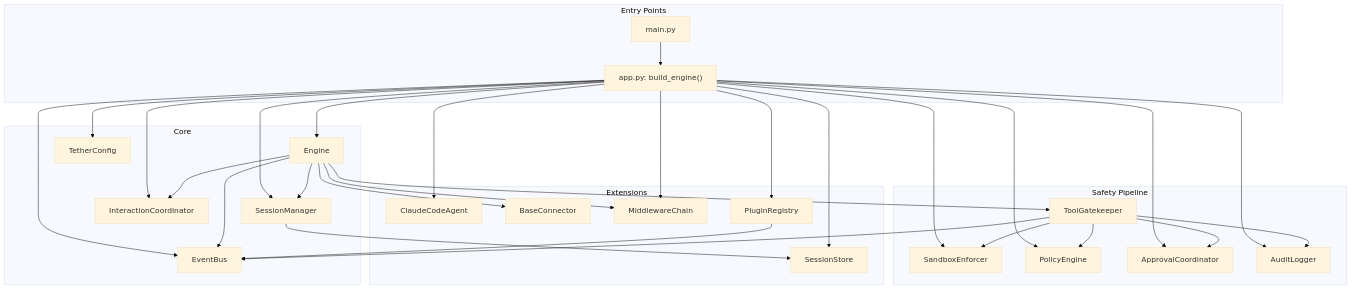
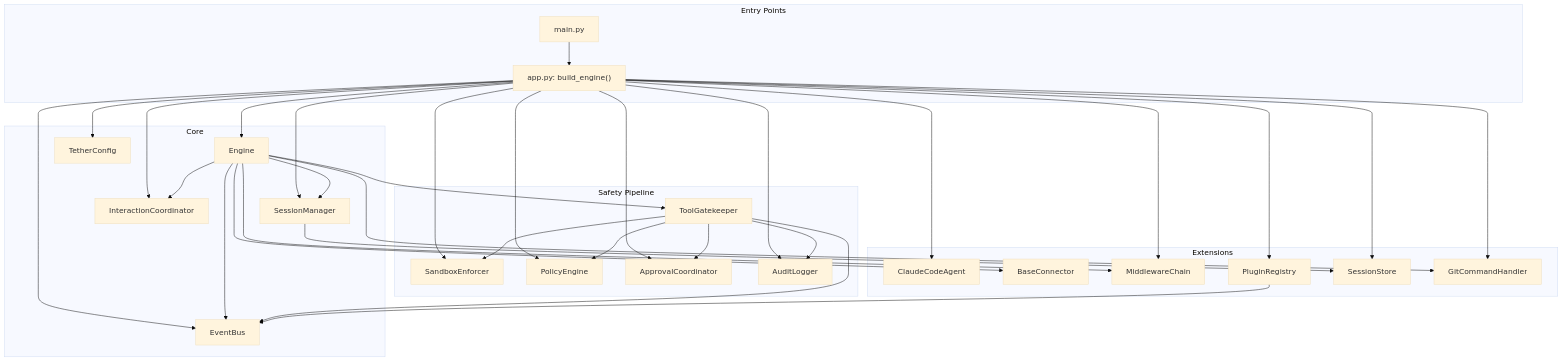
The first of 3 diagrams in docs/architecture.md (nodenova/tether), drawn with Mermaid (base theme) before and after one commit. The commit also changed other lines of this file and 43 other files, not shown here.

````diff
--- a/docs/architecture.md
+++ b/docs/architecture.md
@@ -43,62 +51,65 @@
 ```mermaid
 flowchart TB
     subgraph Entry["Entry Points"]
         main["main.py"]
         app["app.py: build_engine()"]
     end
 
     subgraph Core["Core"]
         engine["Engine"]
         config["TetherConfig"]
         events["EventBus"]
         session["SessionManager"]
         interactions["InteractionCoordinator"]
     end
 
     subgraph Safety["Safety Pipeline"]
         gatekeeper["ToolGatekeeper"]
         sandbox["SandboxEnforcer"]
         policy["PolicyEngine"]
         approvals["ApprovalCoordinator"]
         audit["AuditLogger"]
     end
 
     subgraph Extensions["Extensions"]
         agent["ClaudeCodeAgent"]
         connector["BaseConnector"]
         middleware["MiddlewareChain"]
         plugins["PluginRegistry"]
         store["SessionStore"]
+        git["GitCommandHandler"]
     end
 
     main --> app
     app --> config
     app --> store
     app --> session
     app --> agent
     app --> events
     app --> policy
     app --> sandbox
     app --> audit
     app --> approvals
     app --> interactions
     app --> plugins
     app --> middleware
+    app --> git
     app --> engine
 
     engine --> gatekeeper
     engine --> session
     engine --> interactions
     engine --> middleware
     engine --> events
     engine --> connector
+    engine --> git
 
     gatekeeper --> sandbox
     gatekeeper --> policy
     gatekeeper --> approvals
     gatekeeper --> audit
     gatekeeper --> events
 
     session --> store
     plugins --> events
 ```
````
